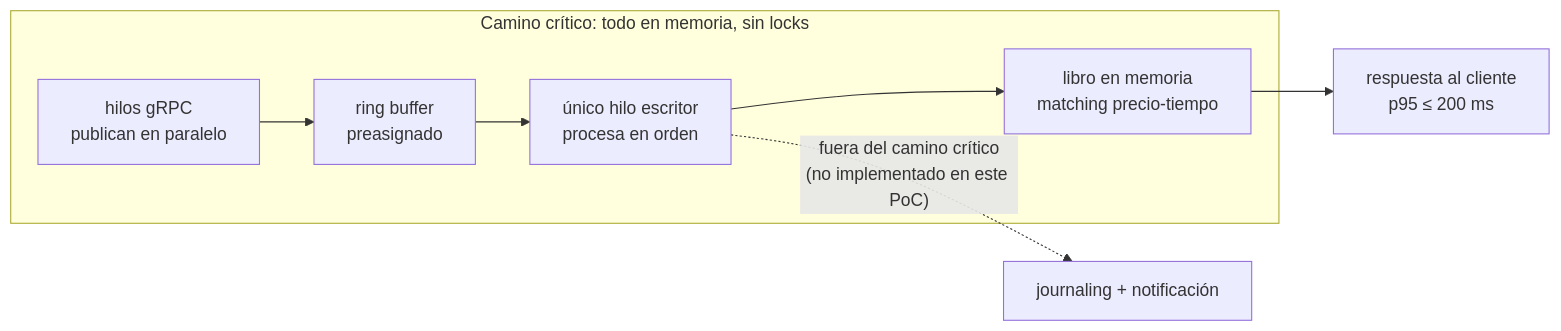
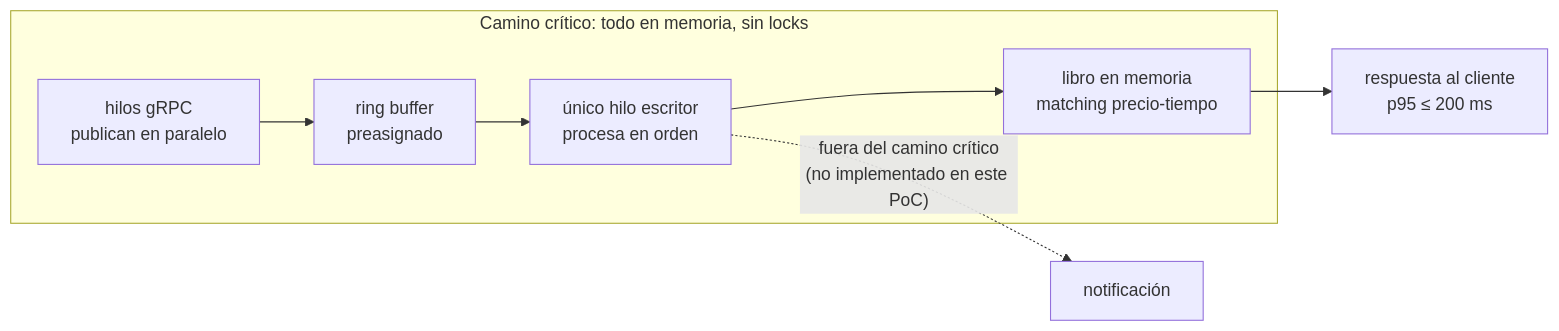
The second of 6 diagrams in docs/experimento-e01_v2.md (MATI-MBIT/arqsoft-reto-1), drawn with Mermaid before and after one commit. The commit also changed 3 other files, not shown here.

````diff
--- a/docs/experimento-e01_v2.md
+++ b/docs/experimento-e01_v2.md
@@ -36,8 +36,8 @@
 ```mermaid
 flowchart LR
     subgraph CC["Camino crítico: todo en memoria, sin locks"]
       T["hilos gRPC\npublican en paralelo"] --> RB["ring buffer\npreasignado"] --> W["único hilo escritor\nprocesa en orden"] --> L["libro en memoria\nmatching precio-tiempo"]
     end
     L --> Rta["respuesta al cliente\np95 ≤ 200 ms"]
-    W -.->|"fuera del camino crítico\n(no implementado en este PoC)"| J["journaling + notificación"]
+    W -.->|"fuera del camino crítico\n(no implementado en este PoC)"| J["notificación"]
 ```
````
